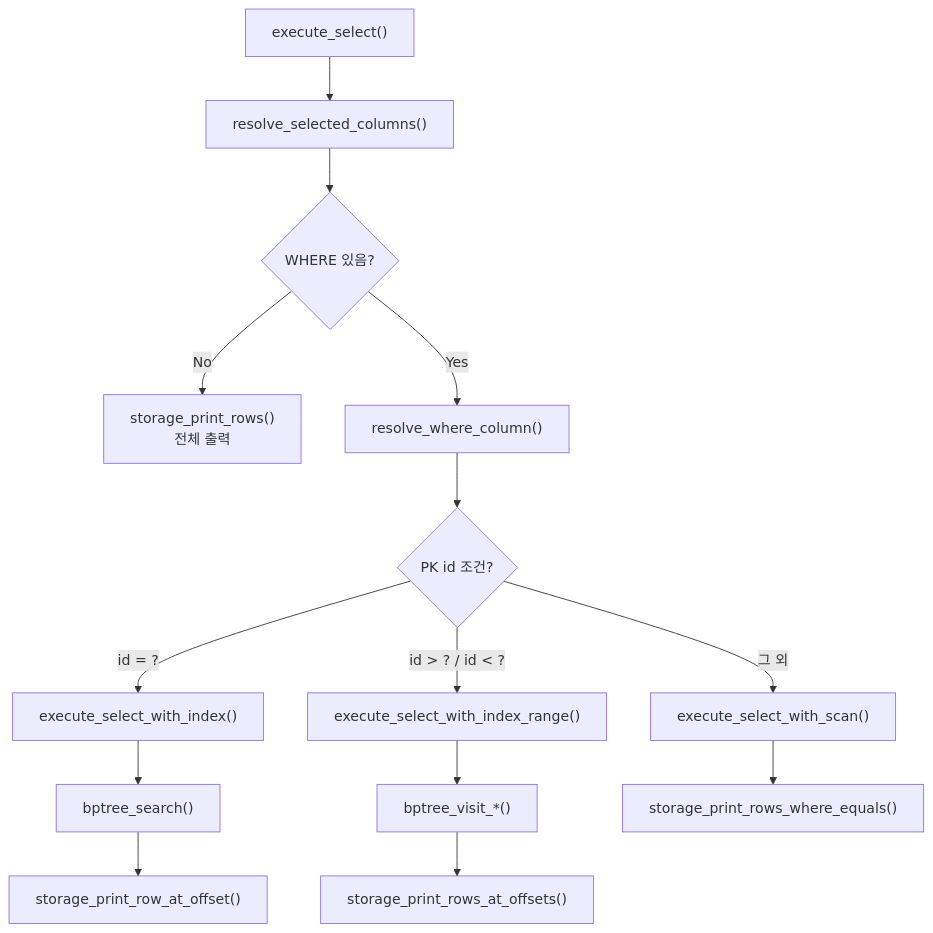
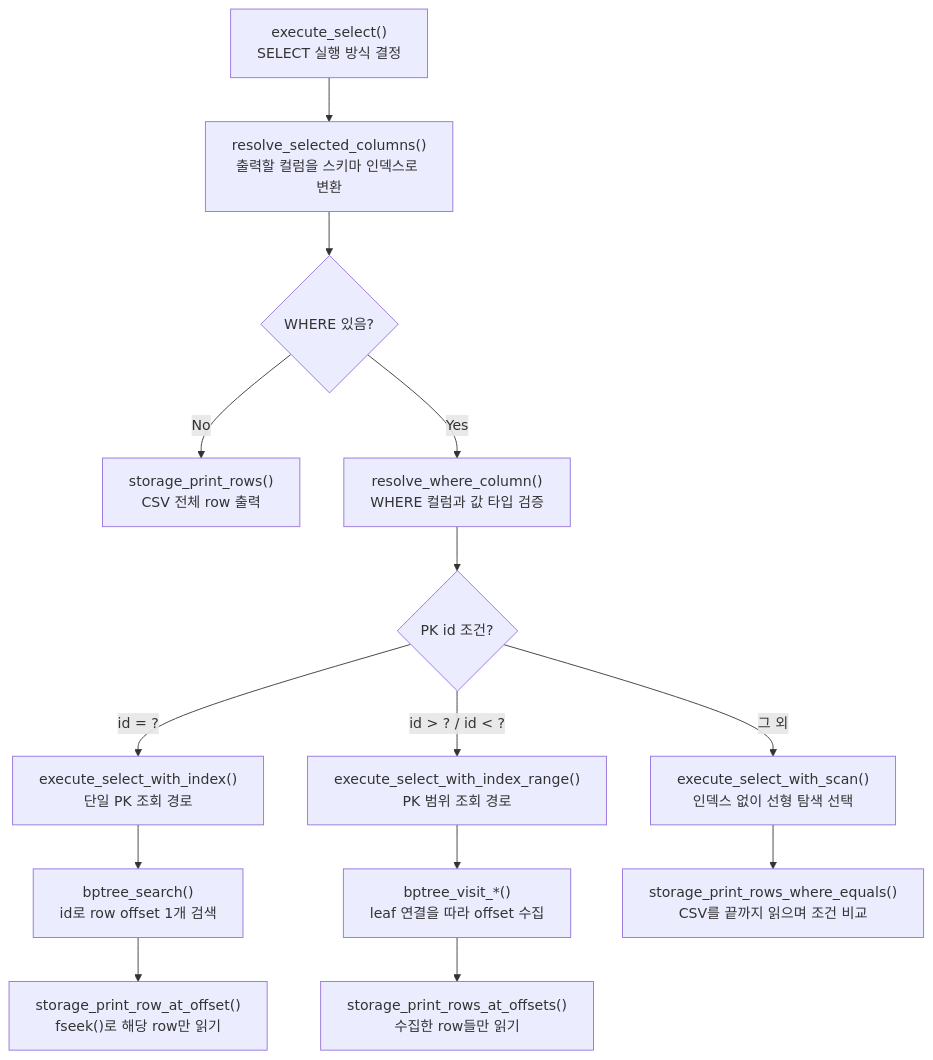
The second of 2 diagrams in README_7.md (Jungle-12-303/week7-02-sql-index), drawn with Mermaid before and after one commit. The commit also changed other lines of this file, not shown here.

````diff
--- a/README_7.md
+++ b/README_7.md
@@ -47,16 +47,16 @@
 ```mermaid
 flowchart TD
-    A["execute_select()"] --> B["resolve_selected_columns()"]
+    A["execute_select()<br/>SELECT 실행 방식 결정"] --> B["resolve_selected_columns()<br/>출력할 컬럼을 스키마 인덱스로 변환"]
     B --> C{"WHERE 있음?"}
-    C -->|No| D["storage_print_rows()<br/>전체 출력"]
-    C -->|Yes| E["resolve_where_column()"]
+    C -->|No| D["storage_print_rows()<br/>CSV 전체 row 출력"]
+    C -->|Yes| E["resolve_where_column()<br/>WHERE 컬럼과 값 타입 검증"]
     E --> F{"PK id 조건?"}
-    F -->|"id = ?"| G["execute_select_with_index()"]
-    G --> H["bptree_search()"]
-    H --> I["storage_print_row_at_offset()"]
-    F -->|"id > ? / id < ?"| J["execute_select_with_index_range()"]
-    J --> K["bptree_visit_*()"]
-    K --> L["storage_print_rows_at_offsets()"]
-    F -->|"그 외"| M["execute_select_with_scan()"]
-    M --> N["storage_print_rows_where_equals()"]
+    F -->|"id = ?"| G["execute_select_with_index()<br/>단일 PK 조회 경로"]
+    G --> H["bptree_search()<br/>id로 row offset 1개 검색"]
+    H --> I["storage_print_row_at_offset()<br/>fseek()로 해당 row만 읽기"]
+    F -->|"id > ? / id < ?"| J["execute_select_with_index_range()<br/>PK 범위 조회 경로"]
+    J --> K["bptree_visit_*()<br/>leaf 연결을 따라 offset 수집"]
+    K --> L["storage_print_rows_at_offsets()<br/>수집한 row들만 읽기"]
+    F -->|"그 외"| M["execute_select_with_scan()<br/>인덱스 없이 선형 탐색 선택"]
+    M --> N["storage_print_rows_where_equals()<br/>CSV를 끝까지 읽으며 조건 비교"]
 ```
````
